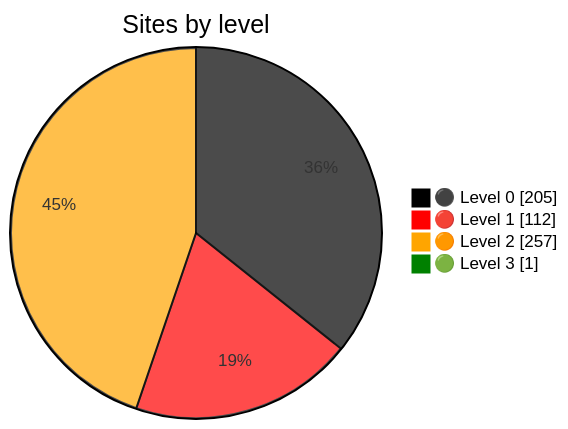
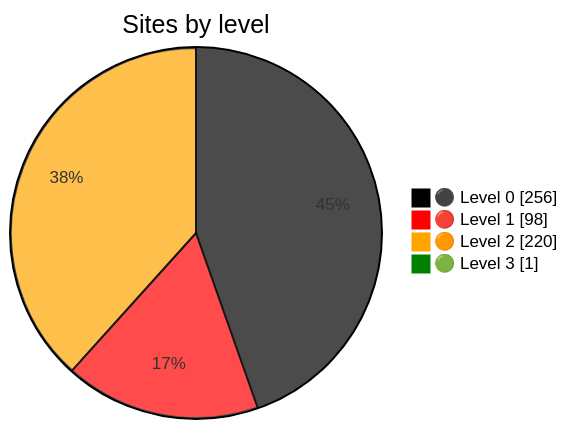
One commit to nuuuwan/gov_lk_web_auditor changed the diagram in README.md. Above: the diagram before and after it, drawn with Mermaid. The commit also changed other lines of this file and 2606 other files, not shown here.

````diff
--- a/README.md
+++ b/README.md
@@ -24,9 +24,9 @@
 ```mermaid
 %%{init: {"themeVariables":{"pie1":"black","pie2":"red","pie3":"orange","pie4":"green"}}}%%
 pie showData
     title Sites by level
-    "⚫ Level 0" : 205
-    "🔴 Level 1" : 112
-    "🟠 Level 2" : 257
+    "⚫ Level 0" : 256
+    "🔴 Level 1" : 98
+    "🟠 Level 2" : 220
     "🟢 Level 3" : 1
 ```
````
